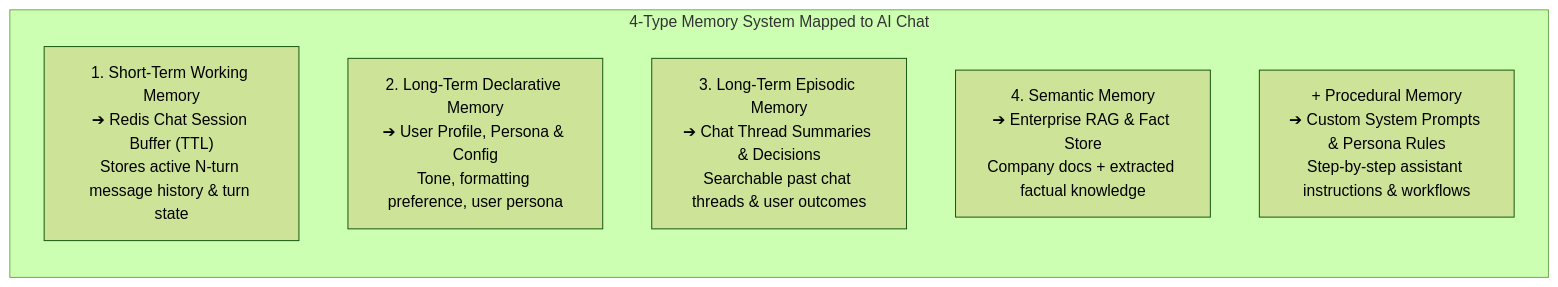
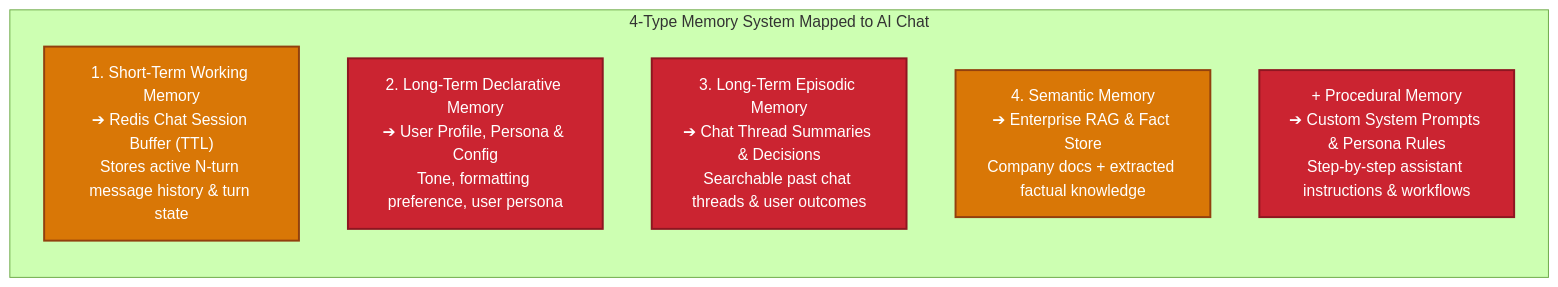
One commit to MathematicGuy/EMAIL-AGENT-v1 changed the second of 3 diagrams in docs/references/memory-system-and-chat-demo-analysis.md. Above: the diagram before and after it, drawn with Mermaid (forest theme). The commit also changed other lines of this file, not shown here.

Commit message:
docs: update memory system implementation status

````diff
--- a/docs/references/memory-system-and-chat-demo-analysis.md
+++ b/docs/references/memory-system-and-chat-demo-analysis.md
@@ -114,11 +123,15 @@
 ```mermaid
 flowchart LR
+    classDef green fill:#2ea44f,stroke:#1e6b33,stroke-width:2px,color:#ffffff;
+    classDef red fill:#cb2431,stroke:#8e1621,stroke-width:2px,color:#ffffff;
+    classDef yellow fill:#d97706,stroke:#92400e,stroke-width:2px,color:#ffffff;
+
     subgraph Chat_Memory_Mapping["4-Type Memory System Mapped to AI Chat"]
         direction TB
-        WM2["1. Short-Term Working Memory<br/>➔ Redis Chat Session Buffer (TTL)<br/>Stores active N-turn message history & turn state"]
-        DM2["2. Long-Term Declarative Memory<br/>➔ User Profile, Persona & Config<br/>Tone, formatting preference, user persona"]
-        EM2["3. Long-Term Episodic Memory<br/>➔ Chat Thread Summaries & Decisions<br/>Searchable past chat threads & user outcomes"]
-        SM2["4. Semantic Memory<br/>➔ Enterprise RAG & Fact Store<br/>Company docs + extracted factual knowledge"]
-        PM2["+ Procedural Memory<br/>➔ Custom System Prompts & Persona Rules<br/>Step-by-step assistant instructions & workflows"]
+        WM2["1. Short-Term Working Memory<br/>➔ Redis Chat Session Buffer (TTL)<br/>Stores active N-turn message history & turn state"]:::yellow
+        DM2["2. Long-Term Declarative Memory<br/>➔ User Profile, Persona & Config<br/>Tone, formatting preference, user persona"]:::red
+        EM2["3. Long-Term Episodic Memory<br/>➔ Chat Thread Summaries & Decisions<br/>Searchable past chat threads & user outcomes"]:::red
+        SM2["4. Semantic Memory<br/>➔ Enterprise RAG & Fact Store<br/>Company docs + extracted factual knowledge"]:::yellow
+        PM2["+ Procedural Memory<br/>➔ Custom System Prompts & Persona Rules<br/>Step-by-step assistant instructions & workflows"]:::red
     end
 ```
````
